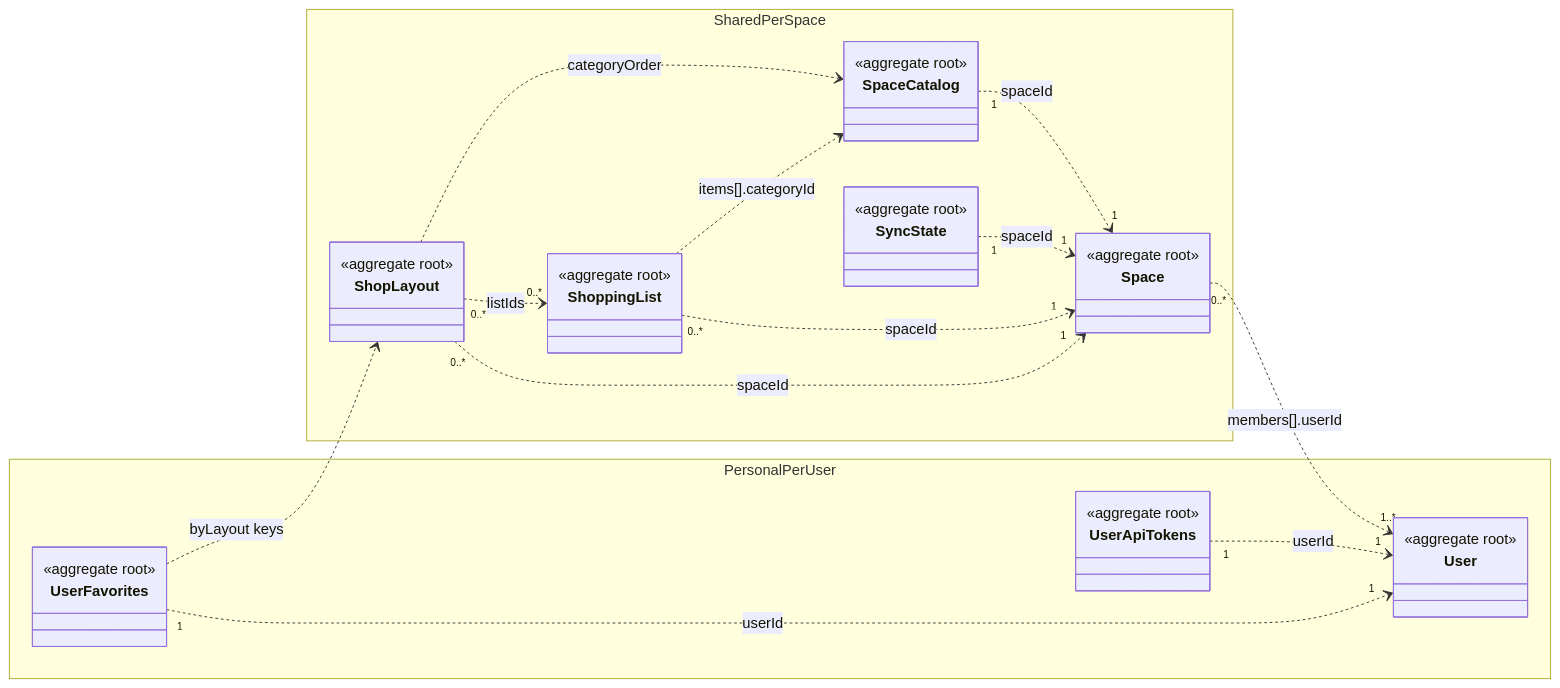
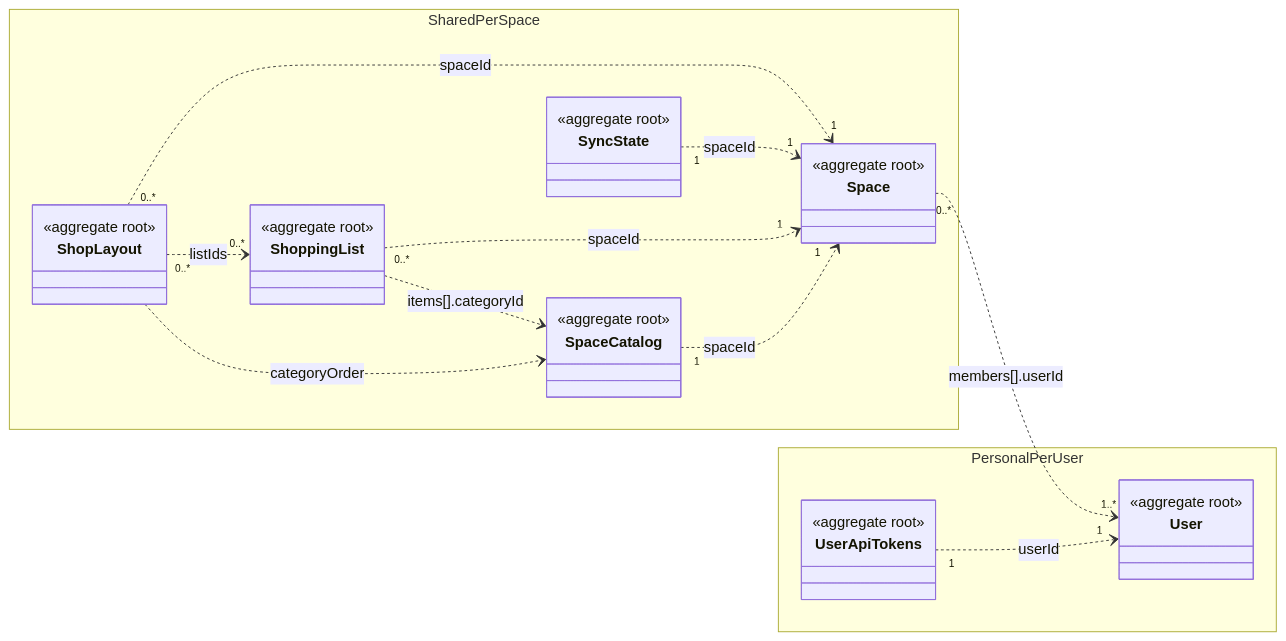
The first of 5 diagrams in doc/data_model.md (tfassbender/shopping_list_server), drawn with Mermaid before and after one commit. The commit also changed other lines of this file and 48 other files, not shown here.

First line of the commit message:
Remove personal favorites per shop

````diff
--- a/doc/data_model.md
+++ b/doc/data_model.md
@@ -23,46 +23,41 @@
 ```mermaid
 classDiagram
     direction LR
 
     namespace SharedPerSpace {
         class Space {
             <<aggregate root>>
         }
         class SpaceCatalog {
             <<aggregate root>>
         }
         class ShoppingList {
             <<aggregate root>>
         }
         class ShopLayout {
             <<aggregate root>>
         }
         class SyncState {
             <<aggregate root>>
         }
     }
 
     namespace PersonalPerUser {
         class User {
             <<aggregate root>>
         }
         class UserApiTokens {
             <<aggregate root>>
         }
-        class UserFavorites {
-            <<aggregate root>>
-        }
     }
 
     SpaceCatalog "1" ..> "1" Space : spaceId
     SyncState "1" ..> "1" Space : spaceId
     ShoppingList "0..*" ..> "1" Space : spaceId
     ShopLayout "0..*" ..> "1" Space : spaceId
     ShopLayout "0..*" ..> "0..*" ShoppingList : listIds
     ShoppingList ..> SpaceCatalog : items[].categoryId
     ShopLayout ..> SpaceCatalog : categoryOrder
     Space "0..*" ..> "1..*" User : members[].userId
     UserApiTokens "1" ..> "1" User : userId
-    UserFavorites "1" ..> "1" User : userId
-    UserFavorites ..> ShopLayout : byLayout keys
 ```
````
